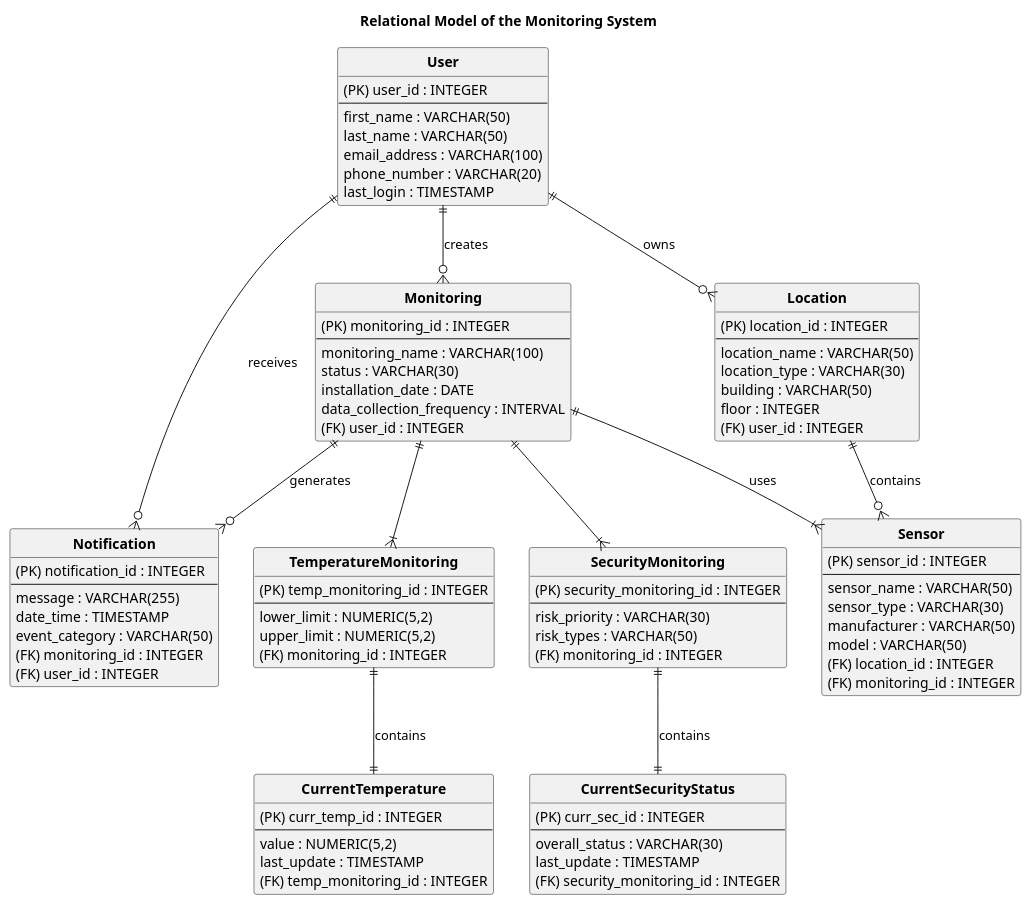
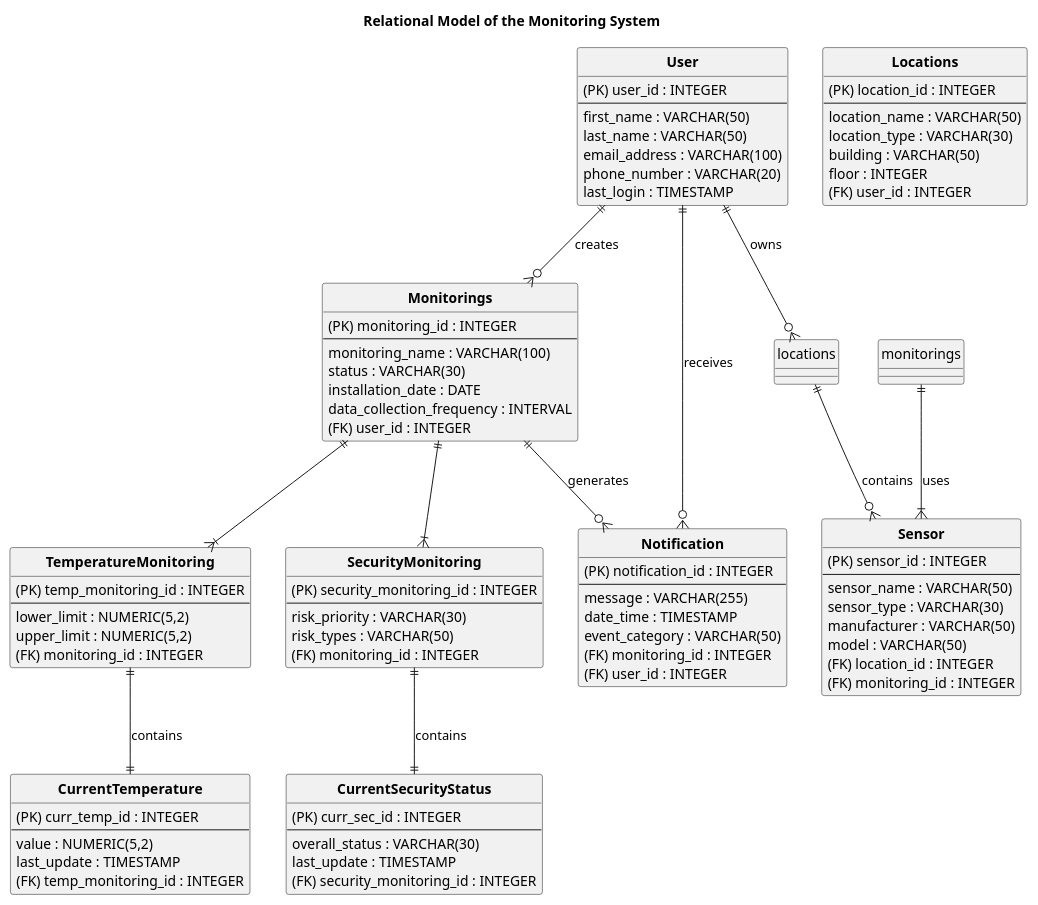
The diagram in RelLogicalSchema.puml (Julik52/NFR_Files), drawn with PlantUML before and after one commit.

```diff
--- a/RelLogicalSchema.puml
+++ b/RelLogicalSchema.puml
@@ -1,101 +1,101 @@
 @startuml
 title Relational Model of the Monitoring System
 
 hide circle
 
 entity "**User**" as user {
   (PK) user_id : INTEGER
   --
   first_name : VARCHAR(50)
   last_name : VARCHAR(50)
   email_address : VARCHAR(100)
   phone_number : VARCHAR(20)
   last_login : TIMESTAMP
 }
 
-entity "**Monitoring**" as monitoring {
+entity "**Monitorings**" as monitoring {
   (PK) monitoring_id : INTEGER
   --
   monitoring_name : VARCHAR(100)
   status : VARCHAR(30)
   installation_date : DATE
   data_collection_frequency : INTERVAL
   (FK) user_id : INTEGER
 }
 
 entity "**TemperatureMonitoring**" as tempMon {
   (PK) temp_monitoring_id : INTEGER
   --
   lower_limit : NUMERIC(5,2)
   upper_limit : NUMERIC(5,2)
   (FK) monitoring_id : INTEGER
 }
 
 entity "**SecurityMonitoring**" as secMon {
   (PK) security_monitoring_id : INTEGER
   --
   risk_priority : VARCHAR(30)
   risk_types : VARCHAR(50)
   (FK) monitoring_id : INTEGER
 }
 
 entity "**CurrentTemperature**" as currTemp {
   (PK) curr_temp_id : INTEGER
   --
   value : NUMERIC(5,2)
   last_update : TIMESTAMP
   (FK) temp_monitoring_id : INTEGER
 }
 
 entity "**CurrentSecurityStatus**" as currSec {
   (PK) curr_sec_id : INTEGER
   --
   overall_status : VARCHAR(30)
   last_update : TIMESTAMP
   (FK) security_monitoring_id : INTEGER
 }
 
 entity "**Notification**" as notif {
   (PK) notification_id : INTEGER
   --
   message : VARCHAR(255)
   date_time : TIMESTAMP
   event_category : VARCHAR(50)
   (FK) monitoring_id : INTEGER
   (FK) user_id : INTEGER
 }
 
 entity "**Sensor**" as sensor {
   (PK) sensor_id : INTEGER
   --
   sensor_name : VARCHAR(50)
   sensor_type : VARCHAR(30)
   manufacturer : VARCHAR(50)
   model : VARCHAR(50)
   (FK) location_id : INTEGER
   (FK) monitoring_id : INTEGER
 }
 
-entity "**Location**" as location {
+entity "**Locations**" as location {
   (PK) location_id : INTEGER
   --
   location_name : VARCHAR(50)
   location_type : VARCHAR(30)
   building : VARCHAR(50)
   floor : INTEGER
   (FK) user_id : INTEGER
 }
 
 ' --- Relationships ---
 user                ||--o{ monitoring          : creates
 monitoring          ||--|{ tempMon
 monitoring          ||--|{ secMon
 tempMon             ||--|| currTemp            : contains
 secMon              ||--|| currSec             : contains
-monitoring          ||--|{ sensor              : uses
-location            ||--o{ sensor              : contains
+monitorings          ||--|{ sensor              : uses
+locations            ||--o{ sensor              : contains
 monitoring          ||--o{ notif               : generates
 user                ||--o{ notif               : receives
-user                ||--o{ location            : owns
+user                ||--o{ locations           : owns
 
 @enduml
```
